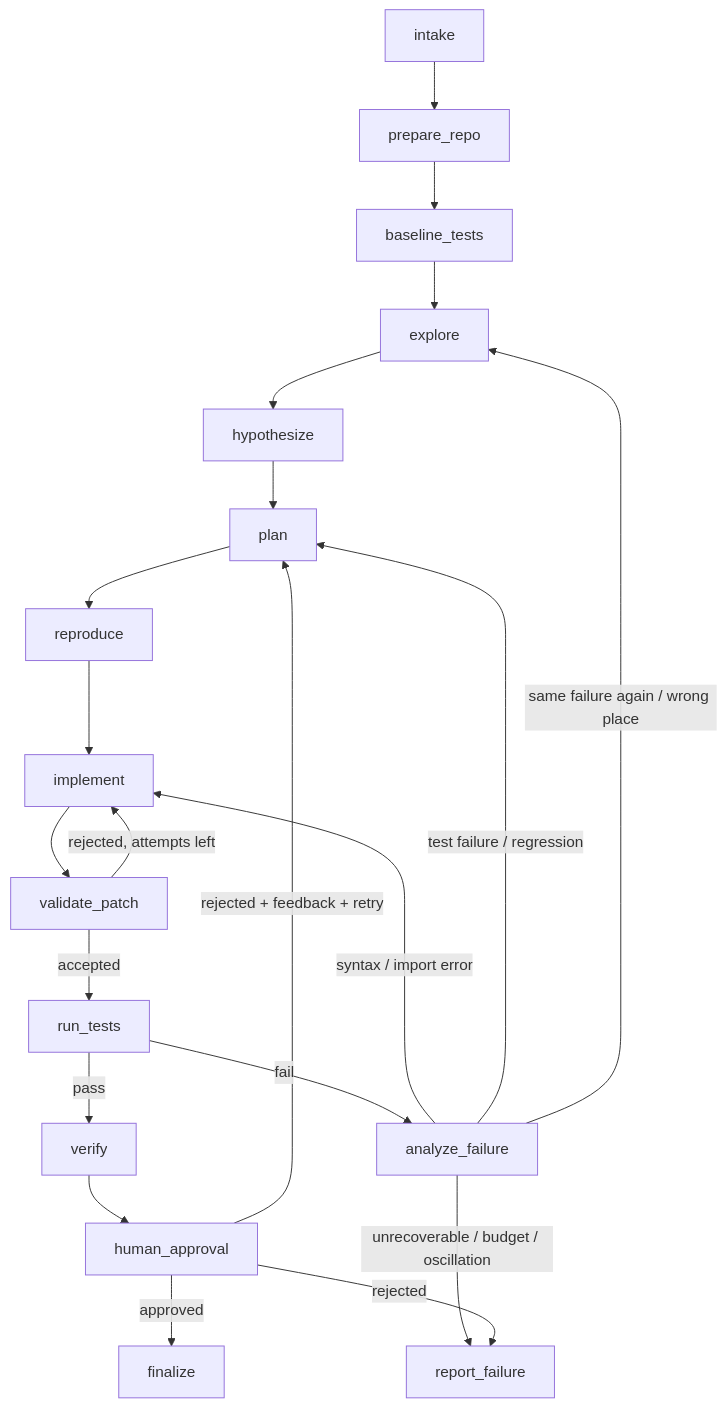
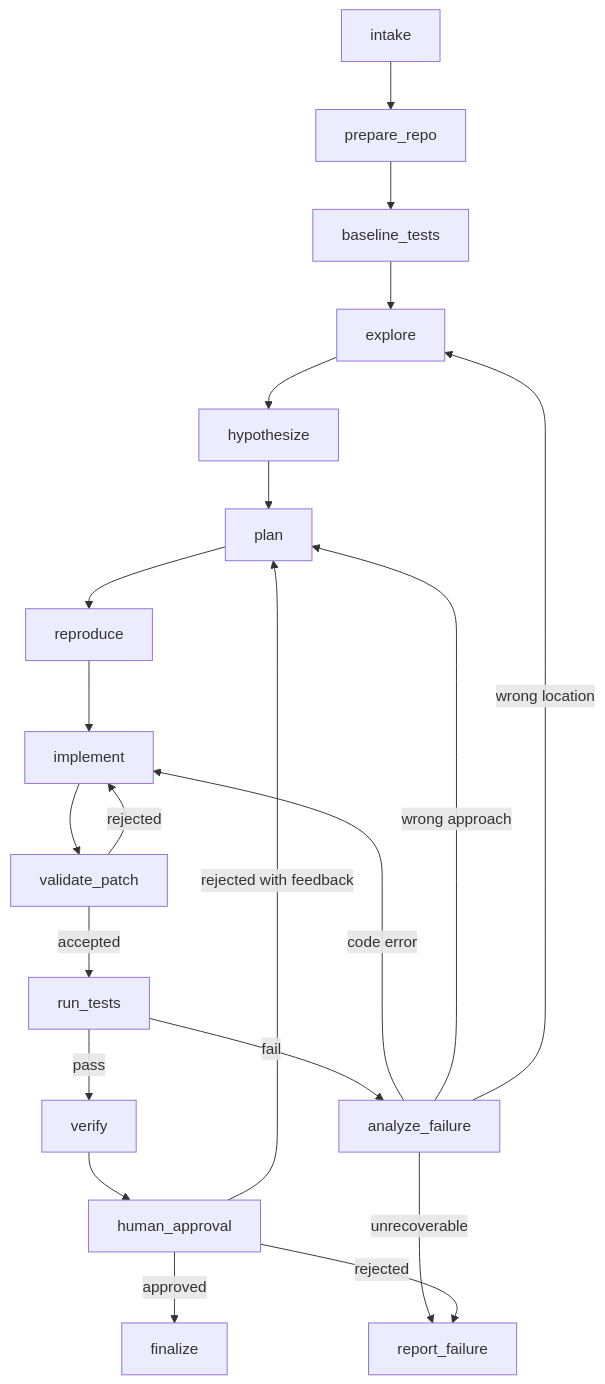
One commit to Sindoo24/Autonomous-SWE-Agent changed the second of 2 diagrams in README.md. Above: the diagram before and after it, drawn with Mermaid. The commit also changed other lines of this file, not shown here.

````diff
--- a/README.md
+++ b/README.md
@@ -51,23 +73,23 @@
 ```mermaid
 flowchart TD
     A[intake] --> B[prepare_repo]
     B --> C[baseline_tests]
     C --> D[explore]
     D --> E[hypothesize]
     E --> F[plan]
     F --> G[reproduce]
     G --> H[implement]
     H --> I[validate_patch]
-    I -- rejected, attempts left --> H
+    I -- rejected --> H
     I -- accepted --> J[run_tests]
     J -- pass --> K[verify]
     J -- fail --> L[analyze_failure]
-    L -- syntax / import error --> H
-    L -- test failure / regression --> F
-    L -- same failure again / wrong place --> D
-    L -- unrecoverable / budget / oscillation --> Z[report_failure]
+    L -- code error --> H
+    L -- wrong approach --> F
+    L -- wrong location --> D
+    L -- unrecoverable --> Z[report_failure]
     K --> M[human_approval]
     M -- approved --> N[finalize]
-    M -- rejected + feedback + retry --> F
+    M -- rejected with feedback --> F
     M -- rejected --> Z
 ```
````
